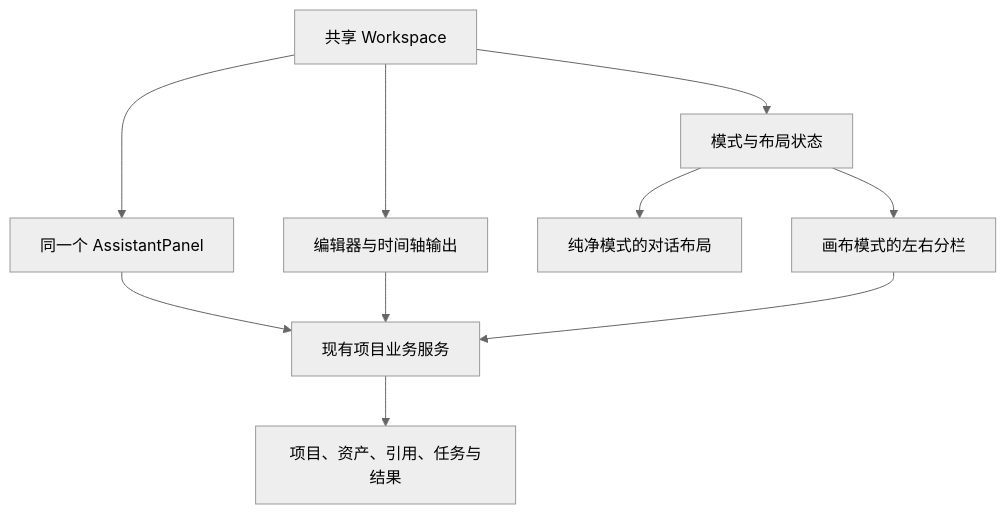
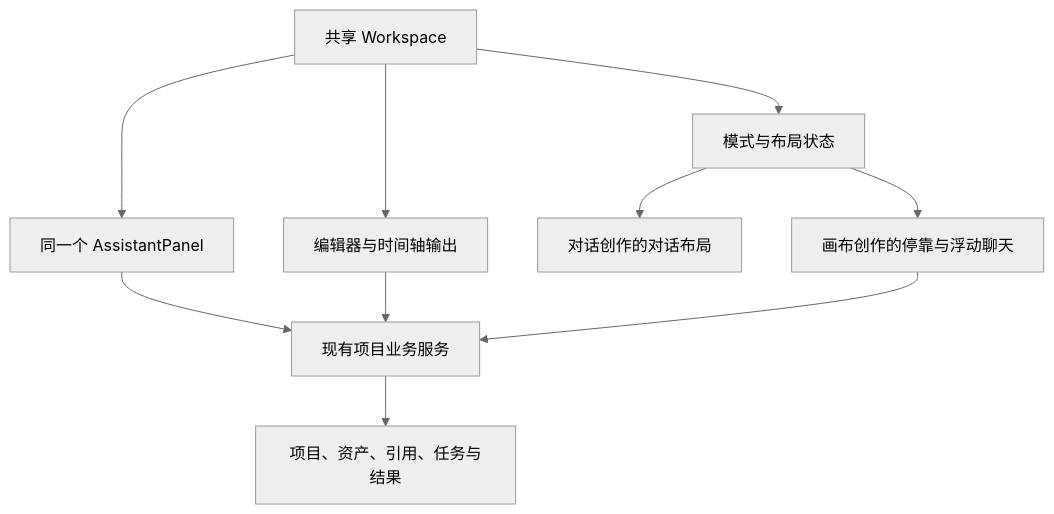
The second of 2 diagrams in docs/architecture/workspace-modes-rfc.zh-CN.md (ThinkFlowLab/OpenDirector), drawn with Mermaid (neutral theme) before and after one commit. The commit also changed other lines of this file and 71 other files, not shown here.

````diff
--- a/docs/architecture/workspace-modes-rfc.zh-CN.md
+++ b/docs/architecture/workspace-modes-rfc.zh-CN.md
@@ -161,12 +163,12 @@
 ```mermaid
 flowchart TB
     W[共享 Workspace] --> P[模式与布局状态]
     W --> A[同一个 AssistantPanel]
     W --> E[编辑器与时间轴输出]
-    P --> S[纯净模式的对话布局]
-    P --> C[画布模式的左右分栏]
+    P --> S[对话创作的对话布局]
+    P --> C[画布创作的停靠与浮动聊天]
     A --> B[现有项目业务服务]
     E --> B
     C --> B
     B --> D[项目、资产、引用、任务与结果]
 ```
````
